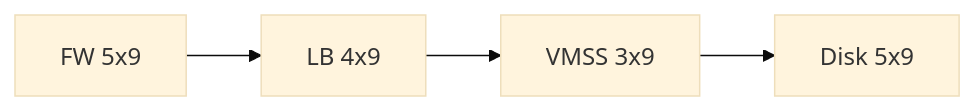
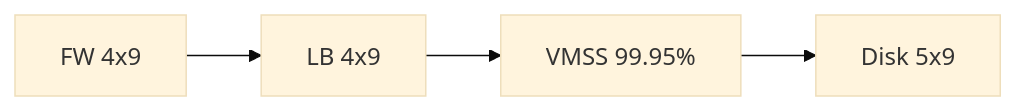
One commit to ecksbee/agartha changed the diagram in README.md. Above: the diagram before and after it, drawn with Mermaid (base theme).

````diff
--- a/README.md
+++ b/README.md
@@ -7,6 +7,6 @@
 ```mermaid
   graph LR;
-      A[FW 5x9]-->B[LB 4x9];
-      B-->C[VMSS 3x9];
+      A[FW 4x9]-->B[LB 4x9];
+      B-->C[VMSS 99.95%];
       C-->D[Disk 5x9];
 ```
````
